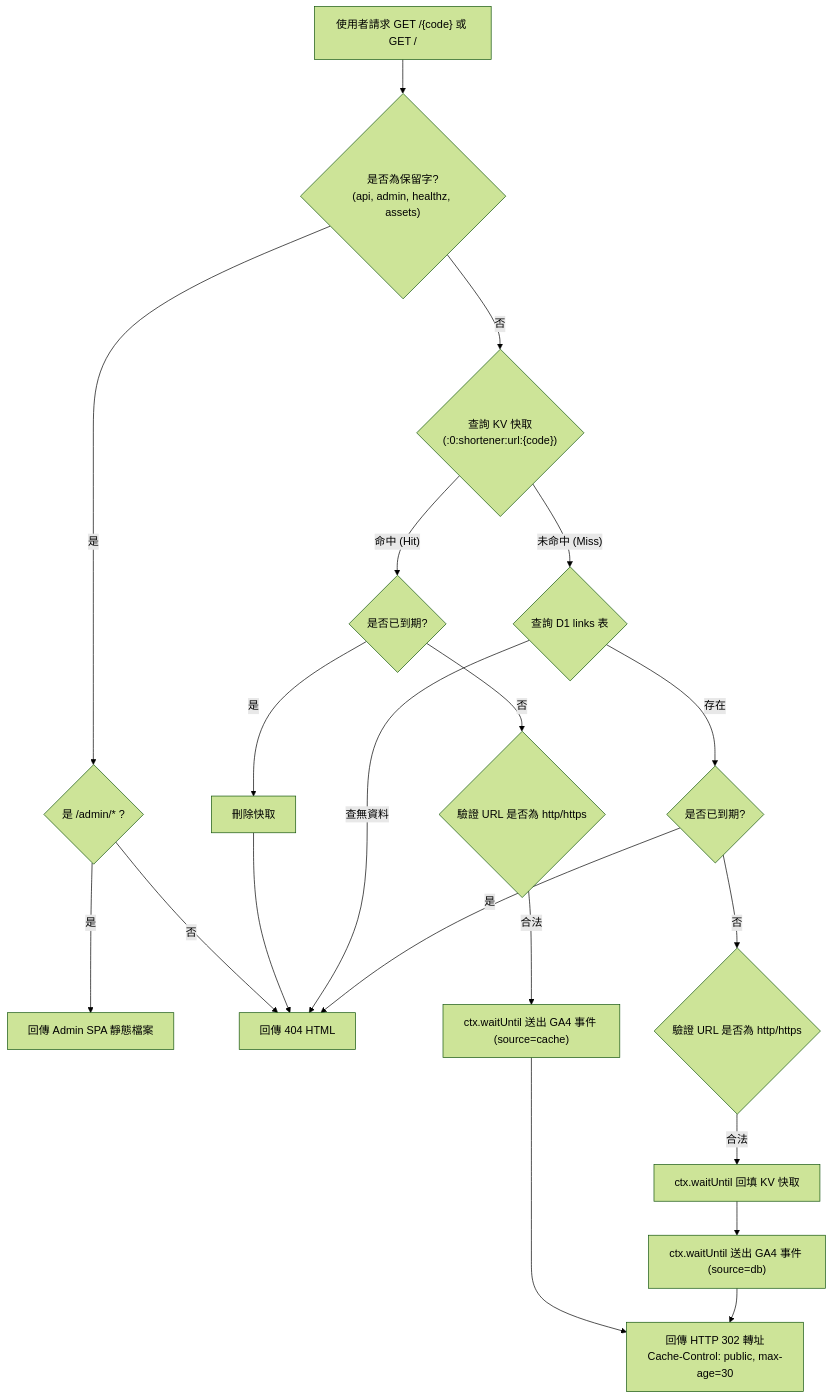
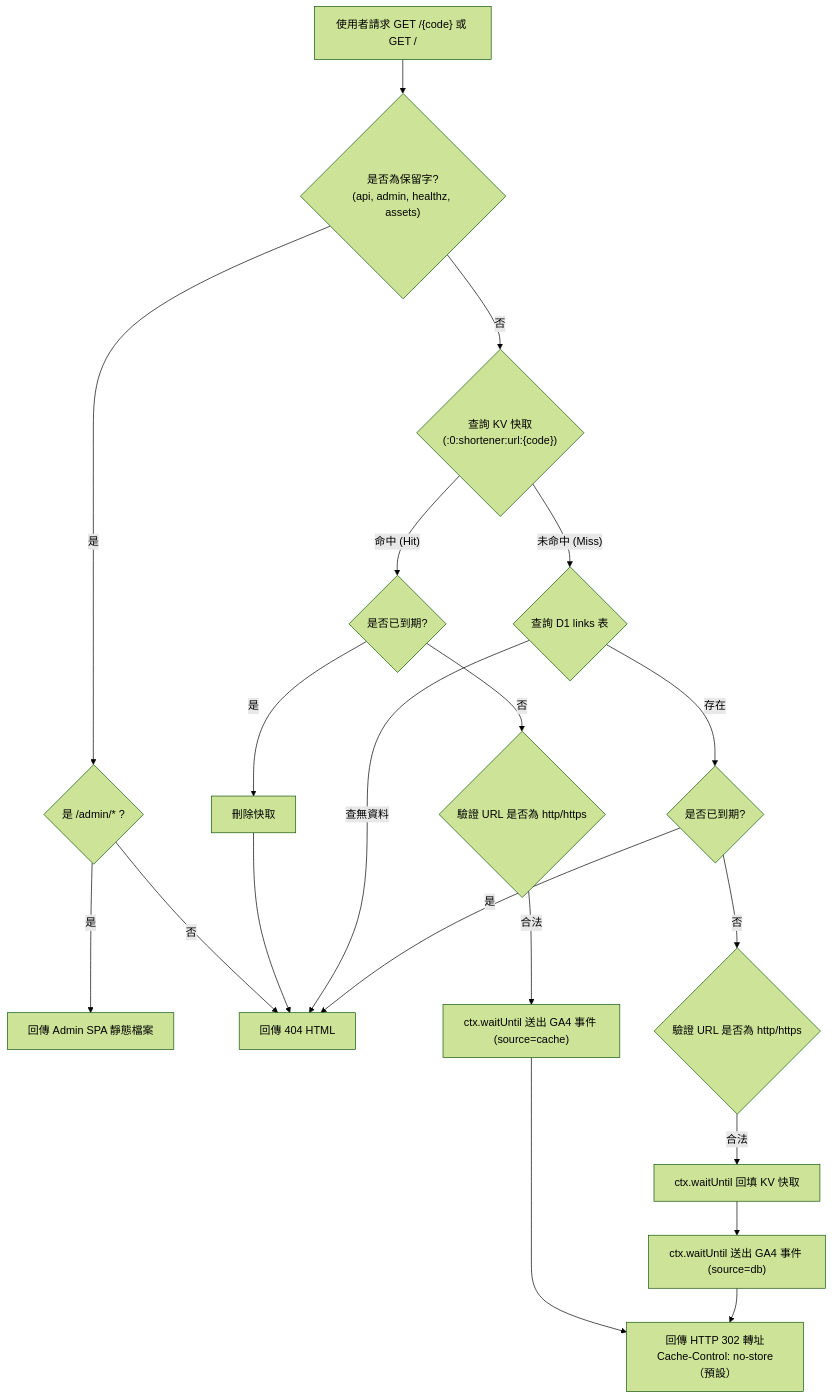
The diagram in docs/migration.md (kenchou2006/ZLink), drawn with Mermaid (forest theme) before and after one commit. The commit also changed other lines of this file and 47 other files, not shown here.

````diff
--- a/docs/migration.md
+++ b/docs/migration.md
@@ -189,23 +189,23 @@
 ```mermaid
 flowchart TD
     Req["使用者請求 GET /{code} 或 GET /"] --> CheckReserved{"是否為保留字?<br/>(api, admin, healthz, assets)"}
     CheckReserved -- 是 --> CheckAdmin{"是 /admin/* ?"}
     CheckAdmin -- 是 --> ServeAdmin["回傳 Admin SPA 靜態檔案"]
     CheckAdmin -- 否 --> Return404["回傳 404 HTML"]
     
     CheckReserved -- 否 --> CacheCheck{"查詢 KV 快取<br/>(:0:shortener:url:{code})"}
     CacheCheck -- 命中 (Hit) --> CheckExp1{"是否已到期?"}
     CheckExp1 -- 是 --> DelCache["刪除快取"] --> Return404
     CheckExp1 -- 否 --> SecurityCheck1{"驗證 URL 是否為 http/https"}
     SecurityCheck1 -- 合法 --> AsyncGA1["ctx.waitUntil 送出 GA4 事件 (source=cache)"]
-    AsyncGA1 --> Redirect302["回傳 HTTP 302 轉址<br/>Cache-Control: public, max-age=30"]
+    AsyncGA1 --> Redirect302["回傳 HTTP 302 轉址<br/>Cache-Control: no-store（預設）"]
     
     CacheCheck -- 未命中 (Miss) --> D1Check{"查詢 D1 links 表"}
     D1Check -- 查無資料 --> Return404
     D1Check -- 存在 --> CheckExp2{"是否已到期?"}
     CheckExp2 -- 是 --> Return404
     CheckExp2 -- 否 --> SecurityCheck2{"驗證 URL 是否為 http/https"}
     SecurityCheck2 -- 合法 --> BackfillKV["ctx.waitUntil 回填 KV 快取"]
     BackfillKV --> AsyncGA2["ctx.waitUntil 送出 GA4 事件 (source=db)"]
     AsyncGA2 --> Redirect302
 ```
````
